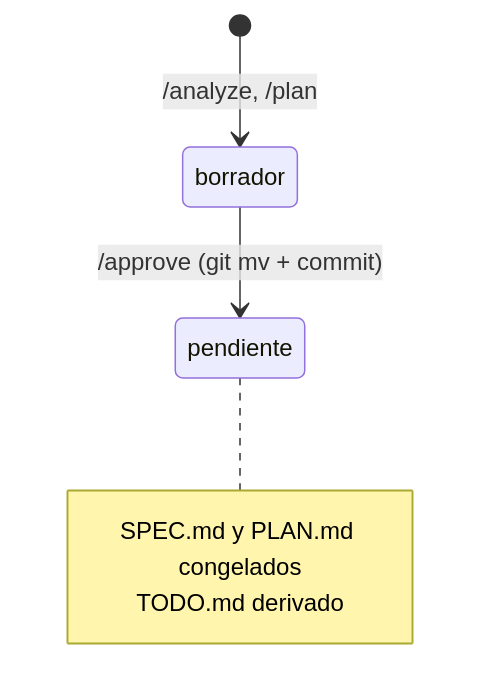
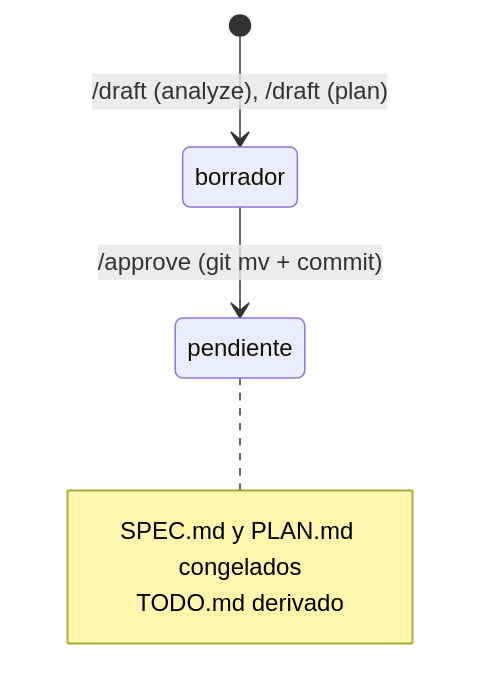
The diagram in skills/workflow/references/approve.md (octavio-parozlabs/mindstack), drawn with Mermaid before and after one commit. The commit also changed other lines of this file and 58 other files, not shown here.

````diff
--- a/skills/workflow/references/approve.md
+++ b/skills/workflow/references/approve.md
@@ -5,9 +5,9 @@
 ```mermaid
 stateDiagram-v2
-    [*] --> borrador: /analyze, /plan
+    [*] --> borrador: /draft (analyze), /draft (plan)
     borrador --> pendiente: /approve (git mv + commit)
     note right of pendiente
         SPEC.md y PLAN.md congelados
         TODO.md derivado
     end note
 ```
````
